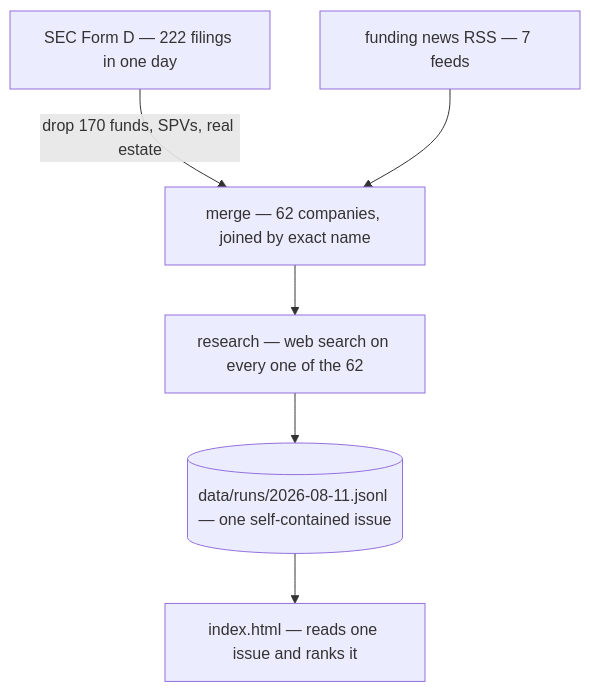
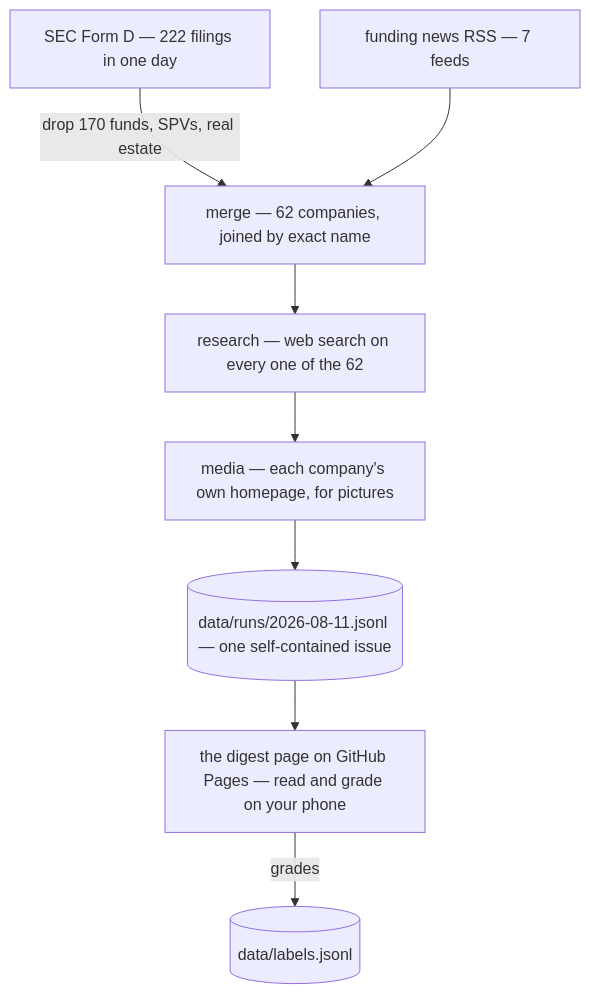
One commit to zerolocker/startup-finder changed the diagram in README.md. Above: the diagram before and after it, drawn with Mermaid. The commit also changed other lines of this file and 16 other files, not shown here.

First line of the commit message:
Make the digest a phone app: swipe deck, pictures, grades that save themselves

````diff
--- a/README.md
+++ b/README.md
@@ -45,9 +47,11 @@
 ```mermaid
 flowchart TD
     A["SEC Form D — 222 filings in one day"] -->|"drop 170 funds, SPVs, real estate"| C
     B["funding news RSS — 7 feeds"] --> C
     C["merge — 62 companies, joined by exact name"] --> D
     D["research — web search on every one of the 62"]
-    D --> S[("data/runs/2026-08-11.jsonl — one self-contained issue")]
-    S --> H["index.html — reads one issue and ranks it"]
+    D --> M["media — each company's own homepage, for pictures"]
+    M --> S[("data/runs/2026-08-11.jsonl — one self-contained issue")]
+    S --> H["the digest page on GitHub Pages — read and grade on your phone"]
+    H -->|"grades"| L[("data/labels.jsonl")]
 ```
````
